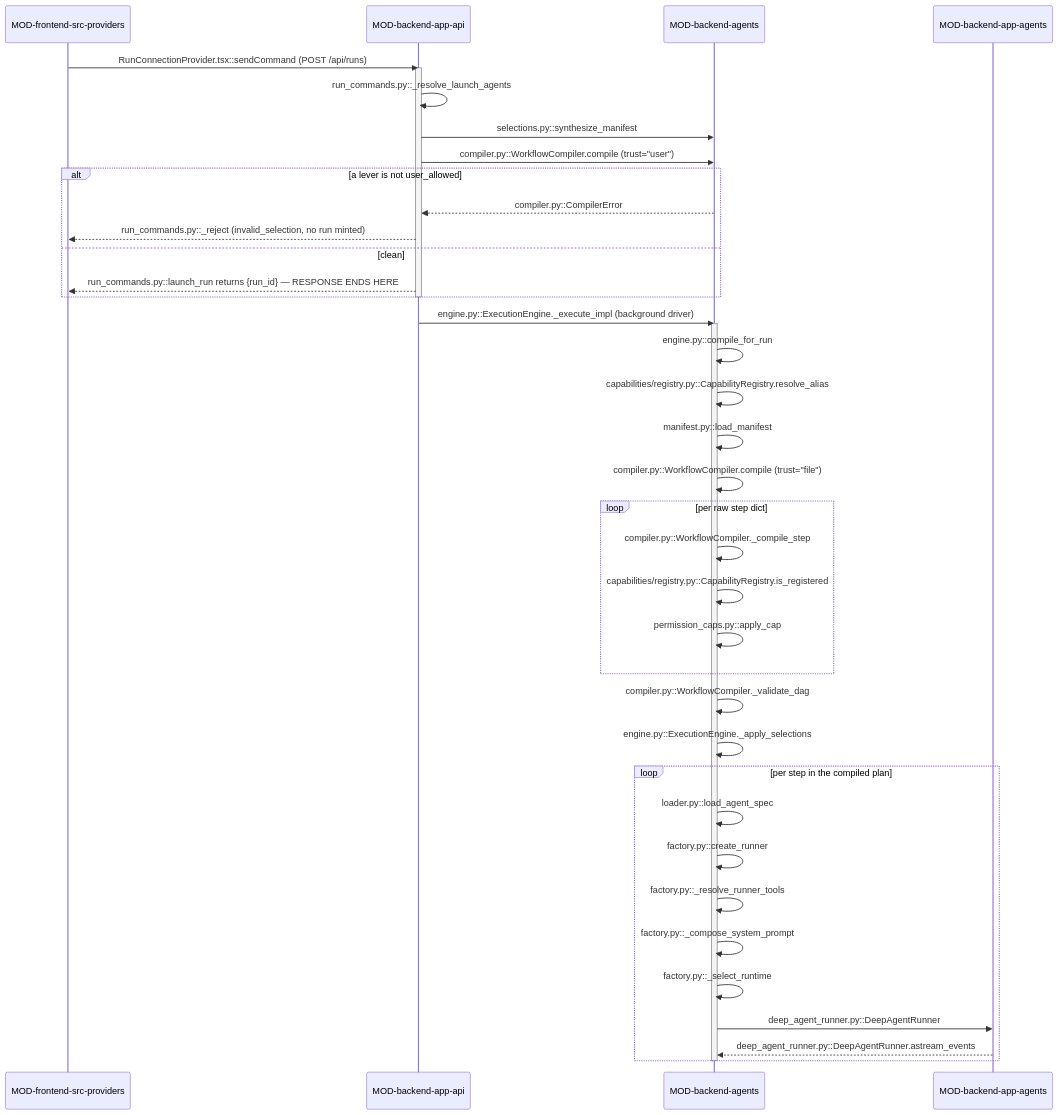
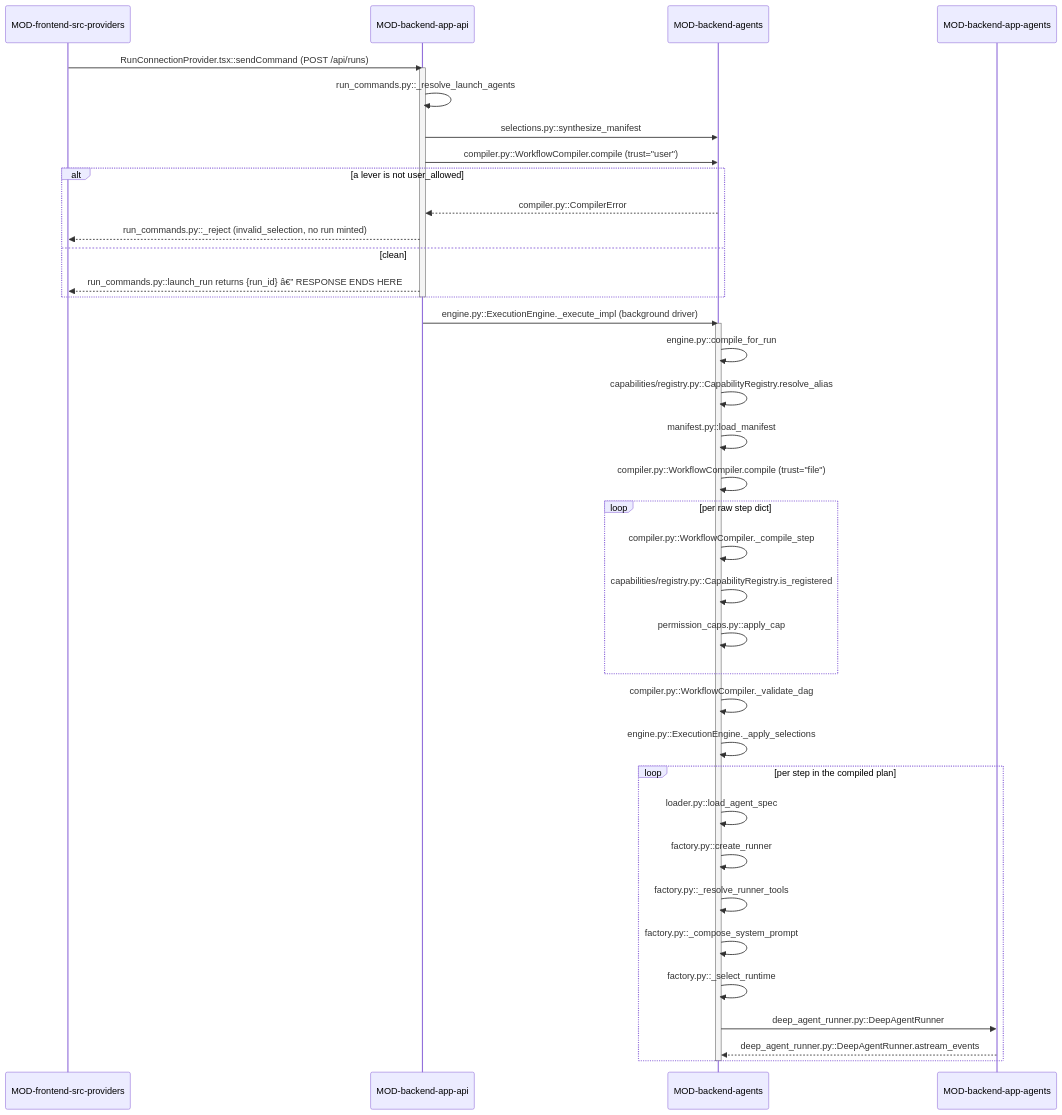
The second of 2 diagrams in .knowledge/architecture/DOMAIN-workflow-compilation.md (prateek-sinha7/IdeaFlowAI), drawn with Mermaid before and after one commit. The commit also changed other lines of this file and 791 other files, not shown here.

````diff
--- a/.knowledge/architecture/DOMAIN-workflow-compilation.md
+++ b/.knowledge/architecture/DOMAIN-workflow-compilation.md
@@ -175,45 +176,45 @@
 ```mermaid
 sequenceDiagram
     participant MOD-frontend-src-providers
     participant MOD-backend-app-api
     participant MOD-backend-agents
     participant MOD-backend-app-agents
 
     MOD-frontend-src-providers->>MOD-backend-app-api: RunConnectionProvider.tsx::sendCommand (POST /api/runs)
     activate MOD-backend-app-api
     MOD-backend-app-api->>MOD-backend-app-api: run_commands.py::_resolve_launch_agents
     MOD-backend-app-api->>MOD-backend-agents: selections.py::synthesize_manifest
     MOD-backend-app-api->>MOD-backend-agents: compiler.py::WorkflowCompiler.compile (trust="user")
     alt a lever is not user_allowed
         MOD-backend-agents-->>MOD-backend-app-api: compiler.py::CompilerError
         MOD-backend-app-api-->>MOD-frontend-src-providers: run_commands.py::_reject (invalid_selection, no run minted)
     else clean
-        MOD-backend-app-api-->>MOD-frontend-src-providers: run_commands.py::launch_run returns {run_id} — RESPONSE ENDS HERE
+        MOD-backend-app-api-->>MOD-frontend-src-providers: run_commands.py::launch_run returns {run_id} â€” RESPONSE ENDS HERE
     end
     deactivate MOD-backend-app-api
 
     MOD-backend-app-api->>MOD-backend-agents: engine.py::ExecutionEngine._execute_impl (background driver)
     activate MOD-backend-agents
     MOD-backend-agents->>MOD-backend-agents: engine.py::compile_for_run
     MOD-backend-agents->>MOD-backend-agents: capabilities/registry.py::CapabilityRegistry.resolve_alias
     MOD-backend-agents->>MOD-backend-agents: manifest.py::load_manifest
     MOD-backend-agents->>MOD-backend-agents: compiler.py::WorkflowCompiler.compile (trust="file")
     loop per raw step dict
         MOD-backend-agents->>MOD-backend-agents: compiler.py::WorkflowCompiler._compile_step
         MOD-backend-agents->>MOD-backend-agents: capabilities/registry.py::CapabilityRegistry.is_registered
         MOD-backend-agents->>MOD-backend-agents: permission_caps.py::apply_cap
     end
     MOD-backend-agents->>MOD-backend-agents: compiler.py::WorkflowCompiler._validate_dag
     MOD-backend-agents->>MOD-backend-agents: engine.py::ExecutionEngine._apply_selections
 
     loop per step in the compiled plan
         MOD-backend-agents->>MOD-backend-agents: loader.py::load_agent_spec
         MOD-backend-agents->>MOD-backend-agents: factory.py::create_runner
         MOD-backend-agents->>MOD-backend-agents: factory.py::_resolve_runner_tools
         MOD-backend-agents->>MOD-backend-agents: factory.py::_compose_system_prompt
         MOD-backend-agents->>MOD-backend-agents: factory.py::_select_runtime
         MOD-backend-agents->>MOD-backend-app-agents: deep_agent_runner.py::DeepAgentRunner
         MOD-backend-app-agents-->>MOD-backend-agents: deep_agent_runner.py::DeepAgentRunner.astream_events
     end
     deactivate MOD-backend-agents
 ```
````
